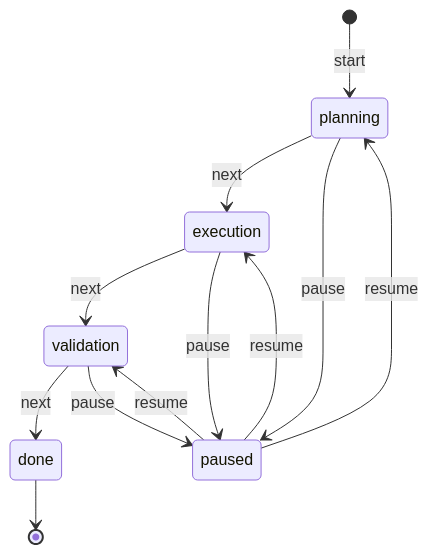
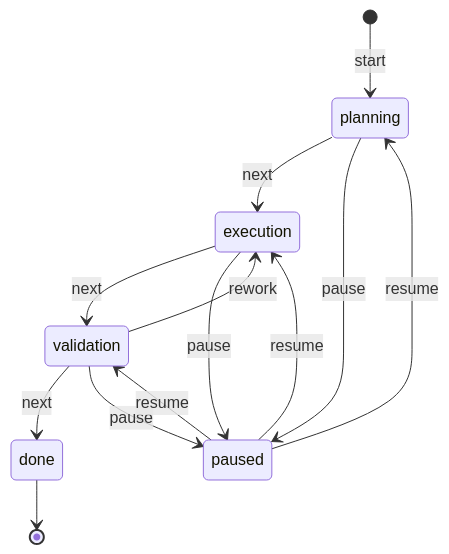
One commit to dm-mash/llm-bot changed the diagram in README.md. Above: the diagram before and after it, drawn with Mermaid. The commit also changed other lines of this file and 8 other files, not shown here.

````diff
--- a/README.md
+++ b/README.md
@@ -630,14 +631,15 @@
 ```mermaid
 stateDiagram-v2
     [*] --> planning: start
     planning --> execution: next
     execution --> validation: next
     validation --> done: next
+    validation --> execution: rework
     planning --> paused: pause
     execution --> paused: pause
     validation --> paused: pause
     paused --> planning: resume
     paused --> execution: resume
     paused --> validation: resume
     done --> [*]
 ```
````
